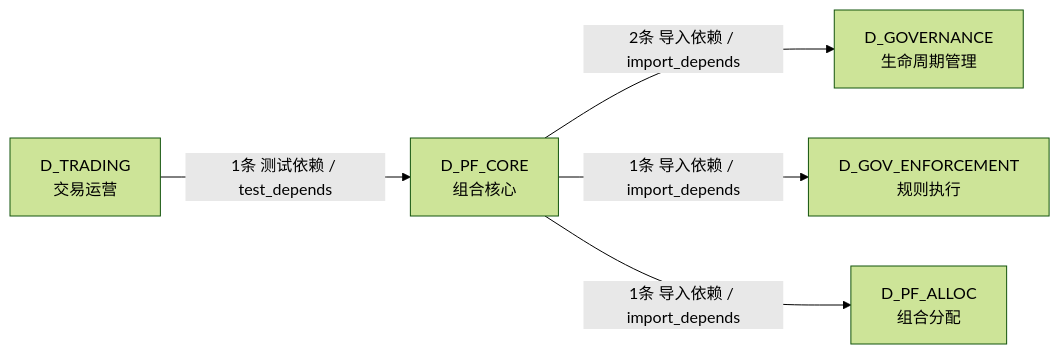
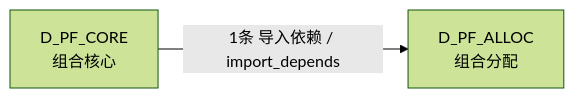
One commit to xuanFelixVan/ZephyrAlpha changed the third of 3 diagrams in docs/02_enterprise_architecture/02_domain_architecture_docs/52_d_pf_core.md. Above: the diagram before and after it, drawn with Mermaid (forest theme). The commit also changed other lines of this file and 126 other files, not shown here.

````diff
--- a/docs/02_enterprise_architecture/02_domain_architecture_docs/52_d_pf_core.md
+++ b/docs/02_enterprise_architecture/02_domain_architecture_docs/52_d_pf_core.md
@@ -190,12 +125,6 @@
 ```mermaid
 graph LR
     D_PF_CORE["D_PF_CORE<br/>组合核心"]
-    D_GOVERNANCE["D_GOVERNANCE<br/>生命周期管理"]
-    D_GOV_ENFORCEMENT["D_GOV_ENFORCEMENT<br/>规则执行"]
     D_PF_ALLOC["D_PF_ALLOC<br/>组合分配"]
-    D_TRADING["D_TRADING<br/>交易运营"]
-    D_PF_CORE -->|2条 导入依赖 / import_depends| D_GOVERNANCE
-    D_PF_CORE -->|1条 导入依赖 / import_depends| D_GOV_ENFORCEMENT
     D_PF_CORE -->|1条 导入依赖 / import_depends| D_PF_ALLOC
-    D_TRADING -->|1条 测试依赖 / test_depends| D_PF_CORE
 ```
````
